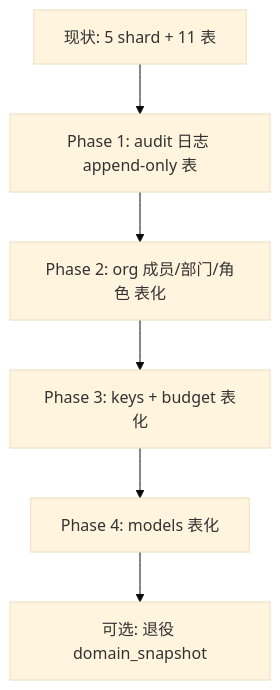
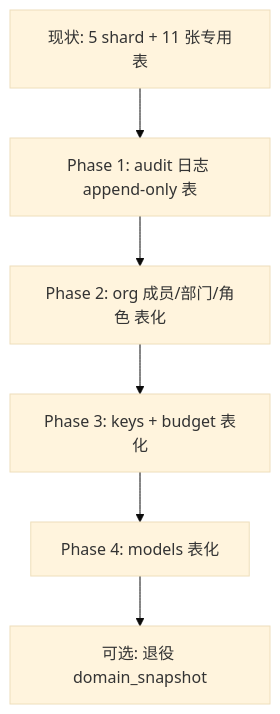
One commit to quyip8818/mytokenjoy changed the sixth of 6 diagrams in docs/Backend-存储架构.md. Above: the diagram before and after it, drawn with Mermaid (base theme). The commit also changed other lines of this file and 206 other files, not shown here.

````diff
--- a/docs/Backend-存储架构.md
+++ b/docs/Backend-存储架构.md
@@ -374,15 +371,15 @@
 ```mermaid
 flowchart TD
-  now[现状: 5 shard + 11 表]
+  now[现状: 5 shard + 11 张专用表]
   p1[Phase 1: audit 日志 append-only 表]
   p2[Phase 2: org 成员/部门/角色 表化]
   p3[Phase 3: keys + budget 表化]
   p4[Phase 4: models 表化]
   endState[可选: 退役 domain_snapshot]
 
   now --> p1
   p1 --> p2
   p2 --> p3
   p3 --> p4
   p4 --> endState
 ```
````
